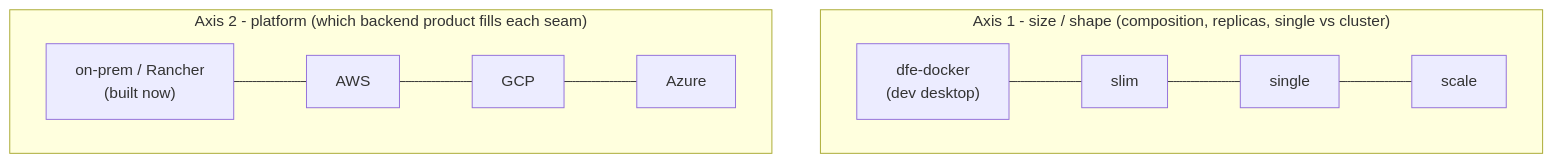
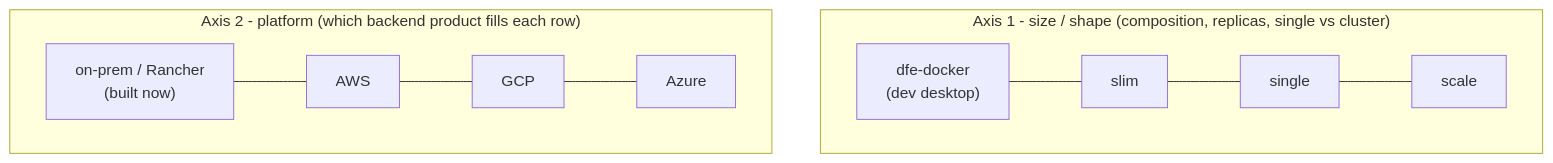
Before and after one commit to hyperi-io/dfe-engine: the second of 4 diagrams in docs/deployment/backing-services.md, drawn with Mermaid. The commit also changed other lines of this file and 13 other files, not shown here.

````diff
--- a/docs/deployment/backing-services.md
+++ b/docs/deployment/backing-services.md
@@ -65,11 +65,11 @@
 ```mermaid
 flowchart TB
     subgraph A["Axis 1 - size / shape (composition, replicas, single vs cluster)"]
         direction LR
         d["dfe-docker<br/>(dev desktop)"] --- s1["slim"] --- s2["single"] --- s3["scale"]
     end
-    subgraph B["Axis 2 - platform (which backend product fills each seam)"]
+    subgraph B["Axis 2 - platform (which backend product fills each row)"]
         direction LR
         p0["on-prem / Rancher<br/>(built now)"] --- p1["AWS"] --- p2["GCP"] --- p3["Azure"]
     end
 ```
````
